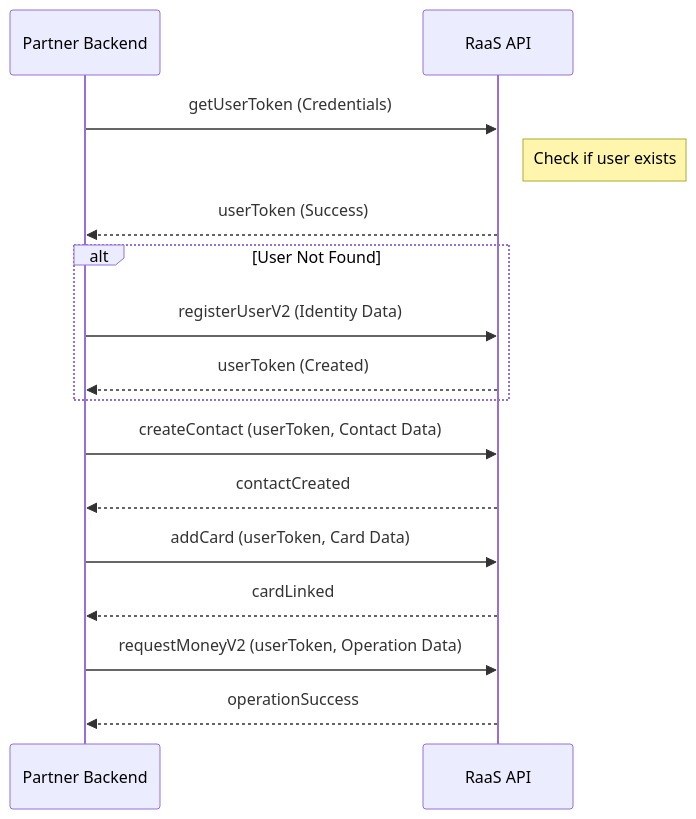
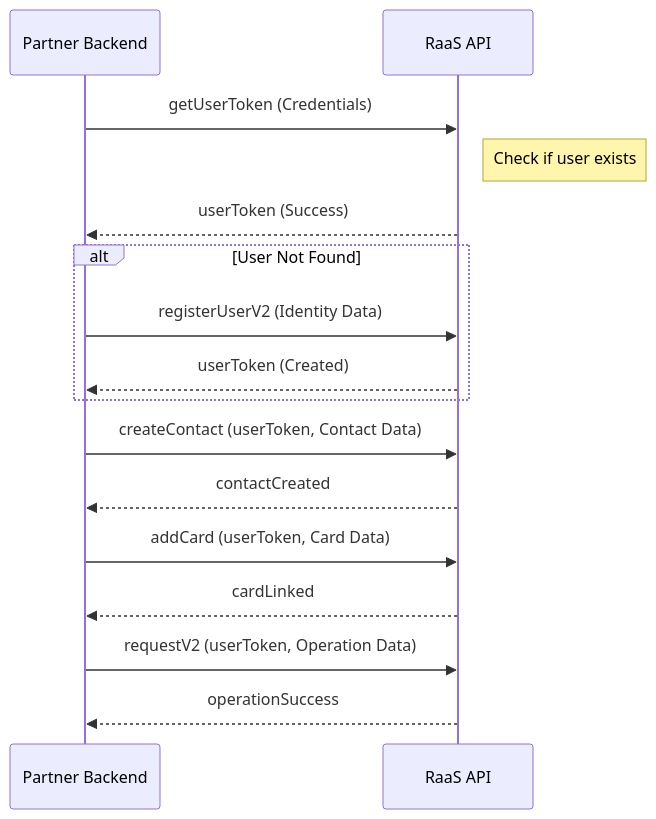
The diagram in api-reference/introduction.mdx (jecomas/raas-partner-doc), drawn with Mermaid before and after one commit. The commit also changed other lines of this file and 12 other files, not shown here.

````diff
--- a/api-reference/introduction.mdx
+++ b/api-reference/introduction.mdx
@@ -52,23 +52,23 @@
 ```mermaid
 sequenceDiagram
     participant Partner as Partner Backend
     participant API as RaaS API
 
     Partner->>API: getUserToken (Credentials)
     Note right of API: Check if user exists
     API-->>Partner: userToken (Success)
 
     alt User Not Found
         Partner->>API: registerUserV2 (Identity Data)
         API-->>Partner: userToken (Created)
     end
 
     Partner->>API: createContact (userToken, Contact Data)
     API-->>Partner: contactCreated
 
     Partner->>API: addCard (userToken, Card Data)
     API-->>Partner: cardLinked
 
-    Partner->>API: requestMoneyV2 (userToken, Operation Data)
+    Partner->>API: requestV2 (userToken, Operation Data)
     API-->>Partner: operationSuccess
 ```
````
